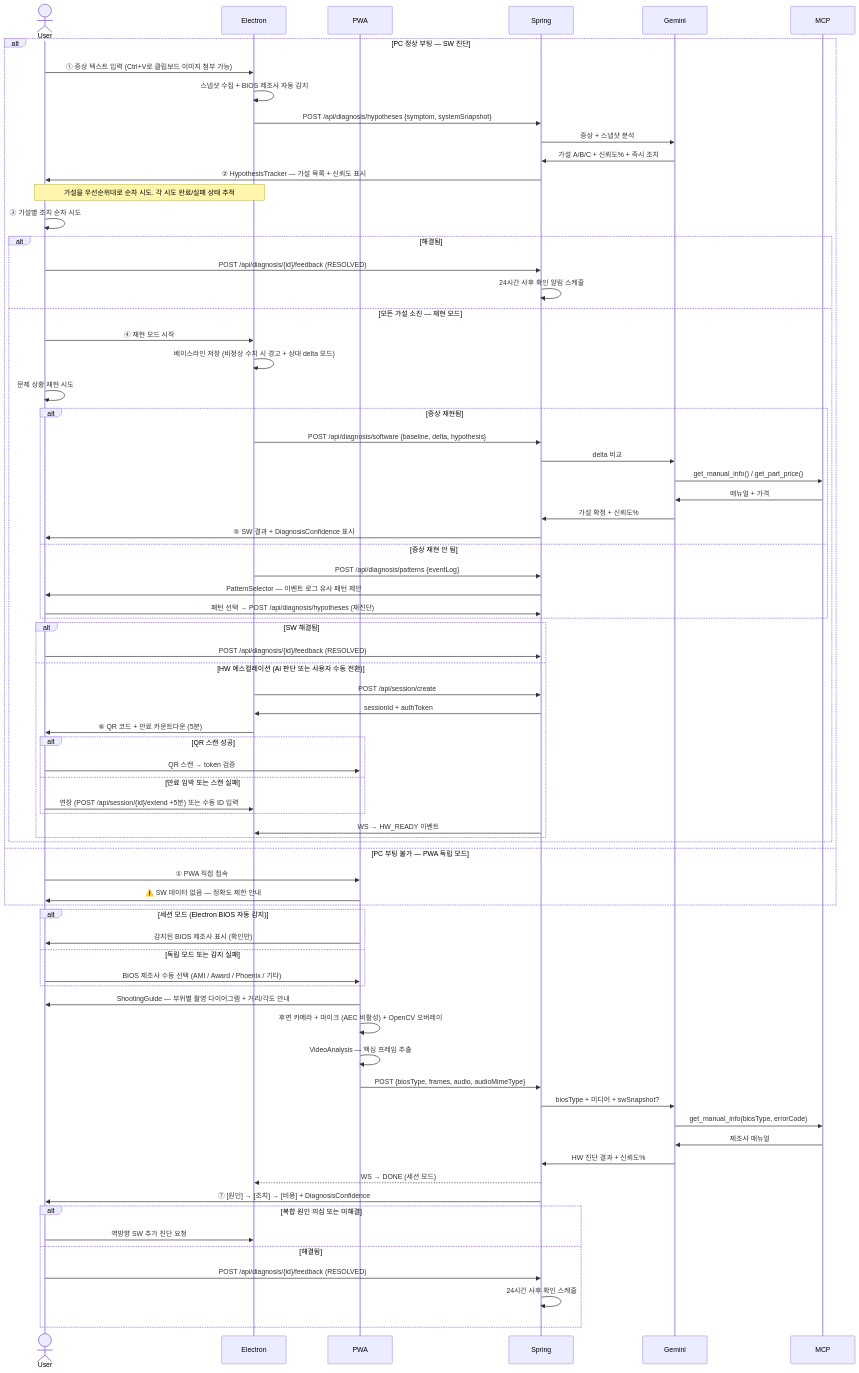
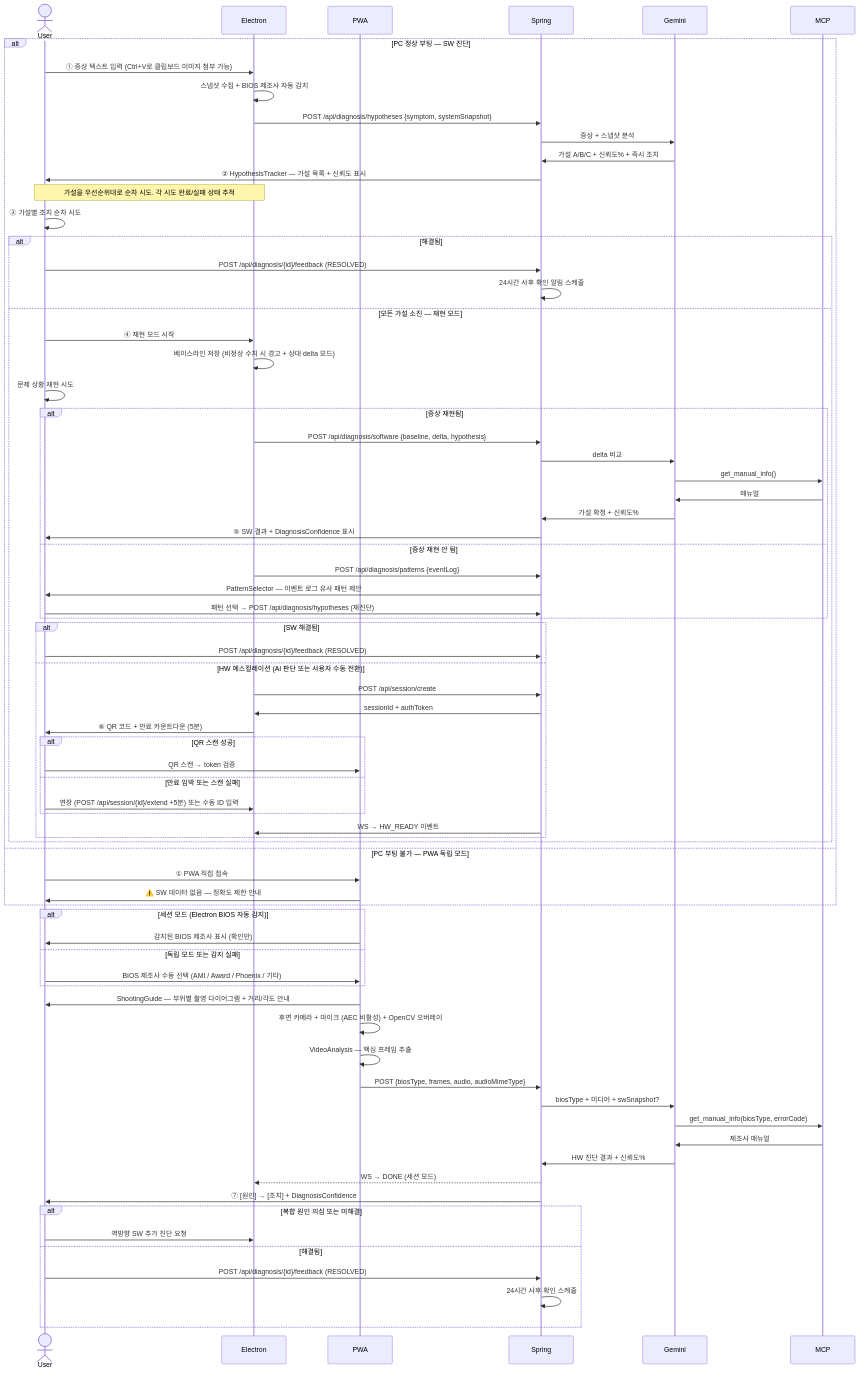
Before and after one commit to enderpawar/CS-NextDoor: the diagram in .claude/rules/workflow.md, drawn with Mermaid. The commit also changed 8 other files, not shown here.

```diff
--- a/.claude/rules/workflow.md
+++ b/.claude/rules/workflow.md
@@ -33,8 +33,8 @@
             alt 증상 재현됨
                 Electron->>Spring: POST /api/diagnosis/software {baseline, delta, hypothesis}
                 Spring->>Gemini: delta 비교
-                Gemini->>MCP: get_manual_info() / get_part_price()
-                MCP->>Gemini: 매뉴얼 + 가격
+                Gemini->>MCP: get_manual_info()
+                MCP->>Gemini: 매뉴얼
                 Gemini->>Spring: 가설 확정 + 신뢰도%
                 Spring->>User: ⑤ SW 결과 + DiagnosisConfidence 표시
             else 증상 재현 안 됨
@@ -68,7 +68,7 @@
     alt 세션 모드 (Electron BIOS 자동 감지)
         PWA->>User: 감지된 BIOS 제조사 표시 (확인만)
     else 독립 모드 또는 감지 실패
-        User->>PWA: BIOS 제조사 수동 선택 (AMI / Award / Phoenix / 기타)
+        User->>PWA: BIOS 제조사 수동 선택 (AMI / Award / Phoenix / 기타) 
     end
 
     PWA->>User: ShootingGuide — 부위별 촬영 다이어그램 + 거리/각도 안내
@@ -80,7 +80,7 @@
     MCP->>Gemini: 제조사 매뉴얼
     Gemini->>Spring: HW 진단 결과 + 신뢰도%
     Spring-->>Electron: WS → DONE (세션 모드)
-    Spring->>User: ⑦ [원인] → [조치] → [비용] + DiagnosisConfidence
+    Spring->>User: ⑦ [원인] → [조치] + DiagnosisConfidence
 
     alt 복합 원인 의심 또는 미해결
         User->>Electron: 역방향 SW 추가 진단 요청
```
